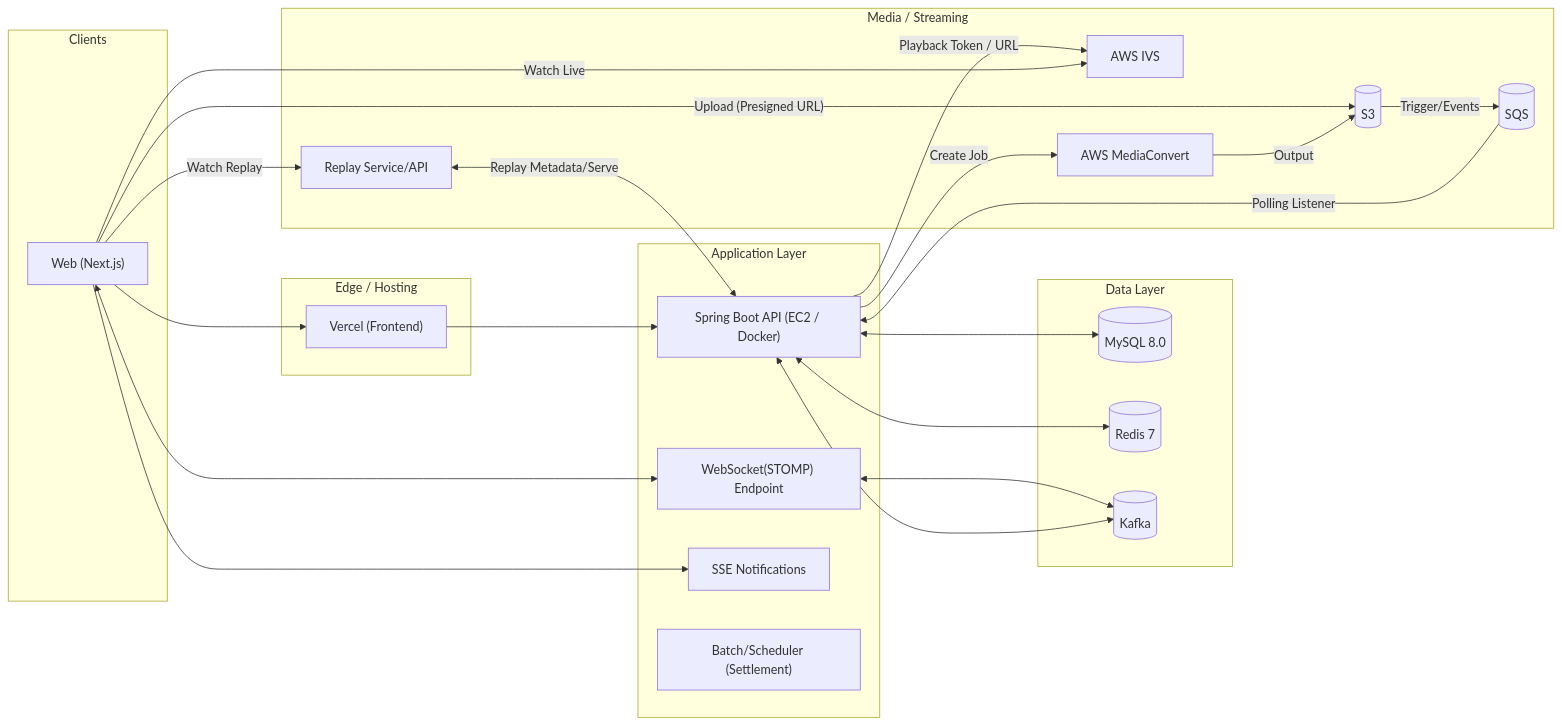
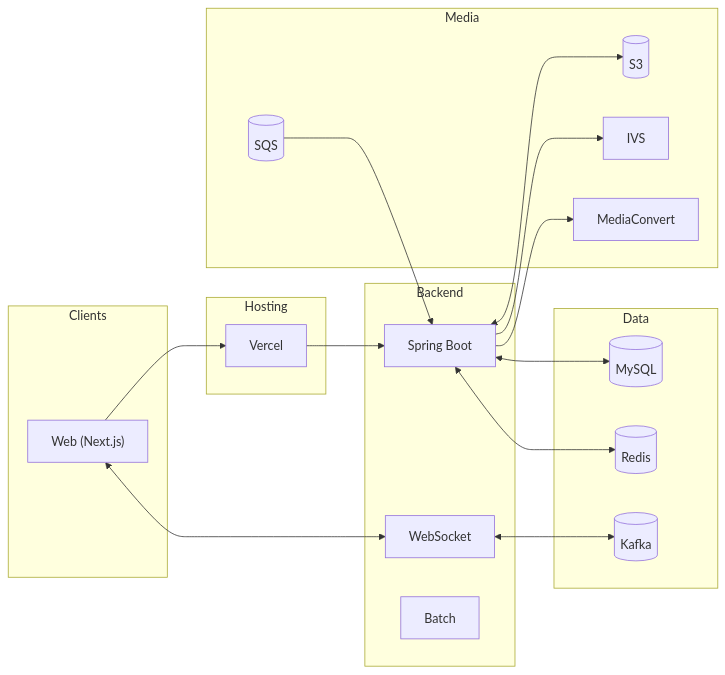
One commit to FanLinkProject/FanLinkProject changed the first of 2 diagrams in readme.md. Above: the diagram before and after it, drawn with Mermaid. The commit also changed other lines of this file and 1 other file, not shown here.

````diff
--- a/readme.md
+++ b/readme.md
@@ -146,59 +127,34 @@
 ```mermaid
 flowchart LR
-  %% Clients
   subgraph Clients[Clients]
     W["Web (Next.js)"]
   end
-
-  %% Edge/Hosting
-  subgraph Edge[Edge / Hosting]
-    V["Vercel (Frontend)"]
+  subgraph Edge[Hosting]
+    V["Vercel"]
   end
-
-  %% Backend
-  subgraph App[Application Layer]
-    B["Spring Boot API (EC2 / Docker)"]
-    WS["WebSocket(STOMP) Endpoint"]
-    SSE[SSE Notifications]
-    SCHED["Batch/Scheduler (Settlement)"]
+  subgraph App[Backend]
+    B["Spring Boot"]
+    WS["WebSocket"]
+    SCHED["Batch"]
   end
-
-  %% Data
-  subgraph Data[Data Layer]
-    M[(MySQL 8.0)]
-    R[(Redis 7)]
+  subgraph Data[Data]
+    M[(MySQL)]
+    R[(Redis)]
     K[(Kafka)]
   end
-
-  %% Media
-  subgraph Media[Media / Streaming]
+  subgraph Media[Media]
     S3[(S3)]
-    IVS[AWS IVS]
-    MC[AWS MediaConvert]
+    IVS[IVS]
+    MC[MediaConvert]
     SQS[(SQS)]
-    RP[Replay Service/API]
   end
-
-  %% Flows
   W --> V --> B
   W <--> WS
-  W --> SSE
-
   B <--> M
   B <--> R
   WS <--> K
-  B <--> K
-
-  %% Live
-  B -->|Playback Token / URL| IVS
-  W -->|Watch Live| IVS
-
-  %% Upload & Replay
-  W -->|"Upload (Presigned URL)"| S3
-  S3 -->|Trigger/Events| SQS
-  SQS -->|Polling Listener| B
-  B -->|Create Job| MC
-  MC -->|Output| S3
-  RP <-->|Replay Metadata/Serve| B
-  W -->|Watch Replay| RP
+  B --> IVS
+  B <--> S3
+  SQS --> B
+  B --> MC
 ```
````
